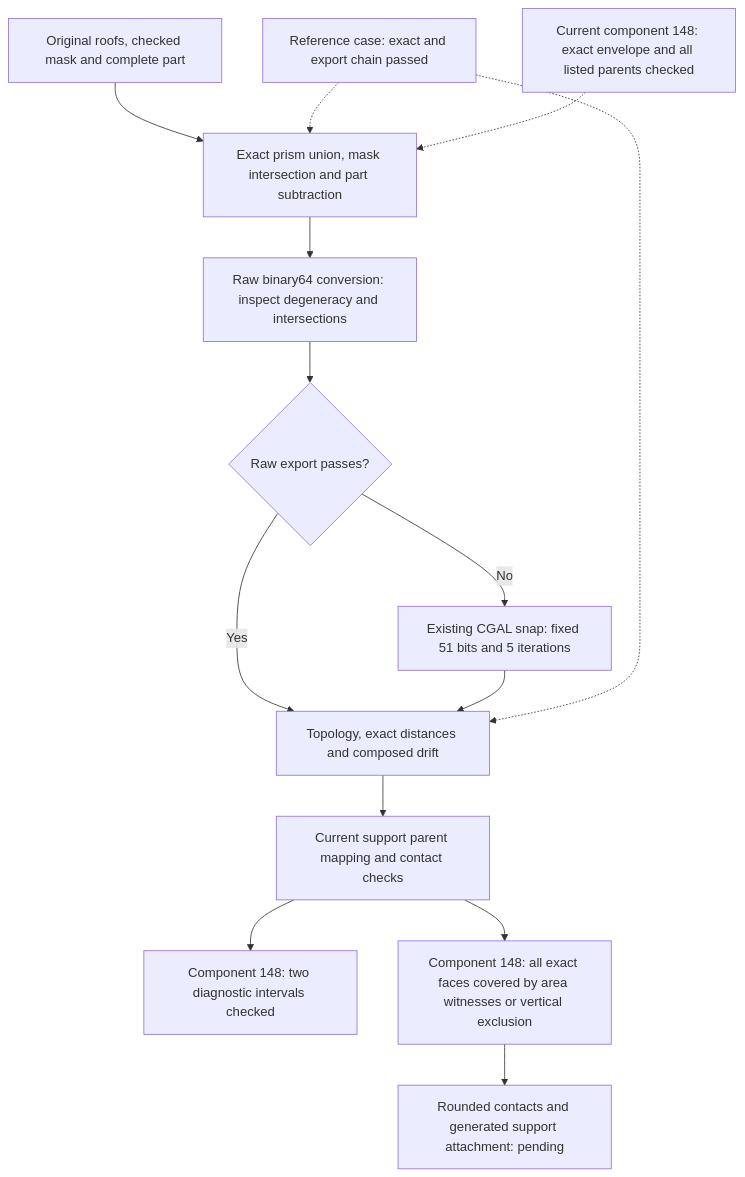
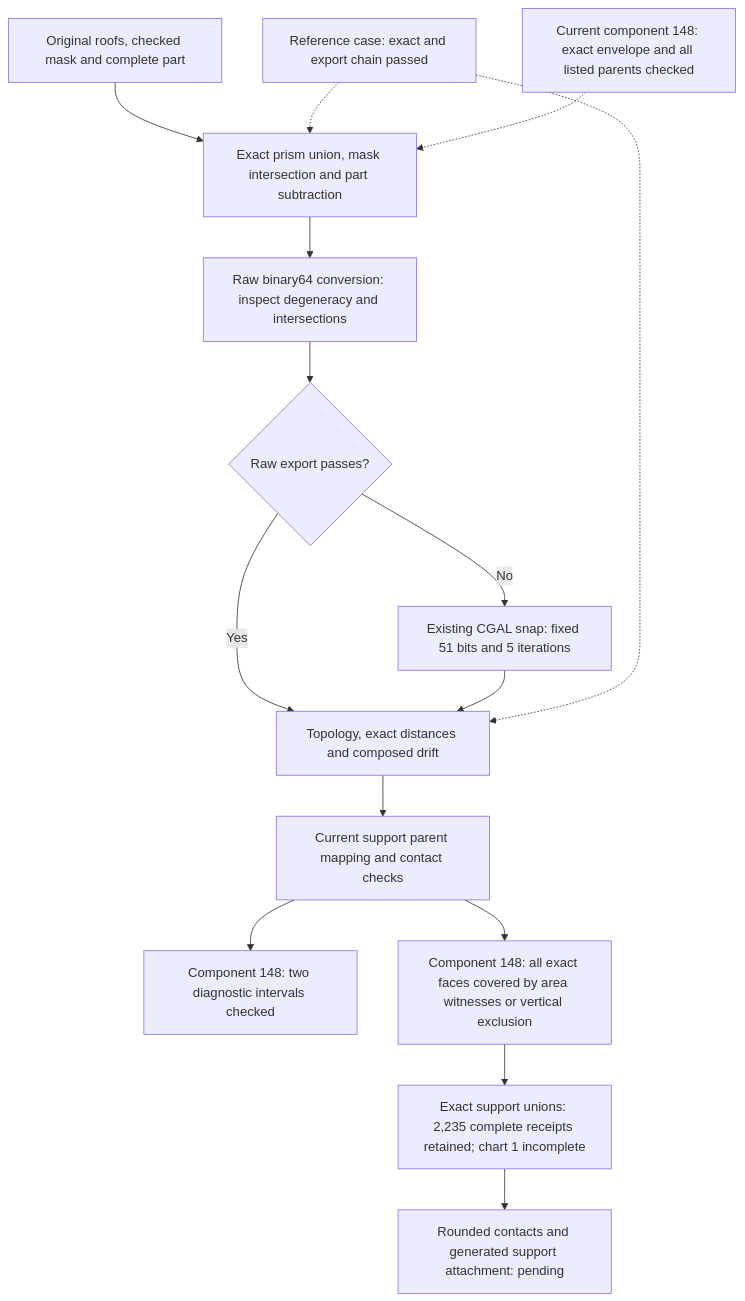
Before and after one commit to cluster2600/porscheparts: the diagram in docs/reports/carrier-current-support-projection-20261107.md, drawn with Mermaid. The commit also changed other lines of this file and 6 other files, not shown here.

Commit message:
Record complete 17-digit H9 marking and retained support unions

````diff
--- a/docs/reports/carrier-current-support-projection-20261107.md
+++ b/docs/reports/carrier-current-support-projection-20261107.md
@@ -386,16 +420,17 @@
 ```mermaid
 flowchart TB
     INPUT["Original roofs, checked mask and complete part"] --> EXACT["Exact prism union, mask intersection and part subtraction"]
     EXACT --> RAW["Raw binary64 conversion: inspect degeneracy and intersections"]
     RAW --> EXPORT{"Raw export passes?"}
     EXPORT -->|"No"| SNAP["Existing CGAL snap: fixed 51 bits and 5 iterations"]
     EXPORT -->|"Yes"| CHECK
     SNAP --> CHECK["Topology, exact distances and composed drift"]
     CHECK --> CONTACT["Current support parent mapping and contact checks"]
     CONTACT --> SECTION["Component 148: two diagnostic intervals checked"]
     CONTACT --> FULL["Component 148: all exact faces covered by area witnesses or vertical exclusion"]
-    FULL --> MATERIAL["Rounded contacts and generated support attachment: pending"]
+    FULL --> UNIONS["Exact support unions: 2,235 complete receipts retained; chart 1 incomplete"]
+    UNIONS --> MATERIAL["Rounded contacts and generated support attachment: pending"]
     CONTROL["Reference case: exact and export chain passed"] -.-> EXACT
     CONTROL -.-> CHECK
     CURRENT["Current component 148: exact envelope and all listed parents checked"] -.-> EXACT
 ```
````
